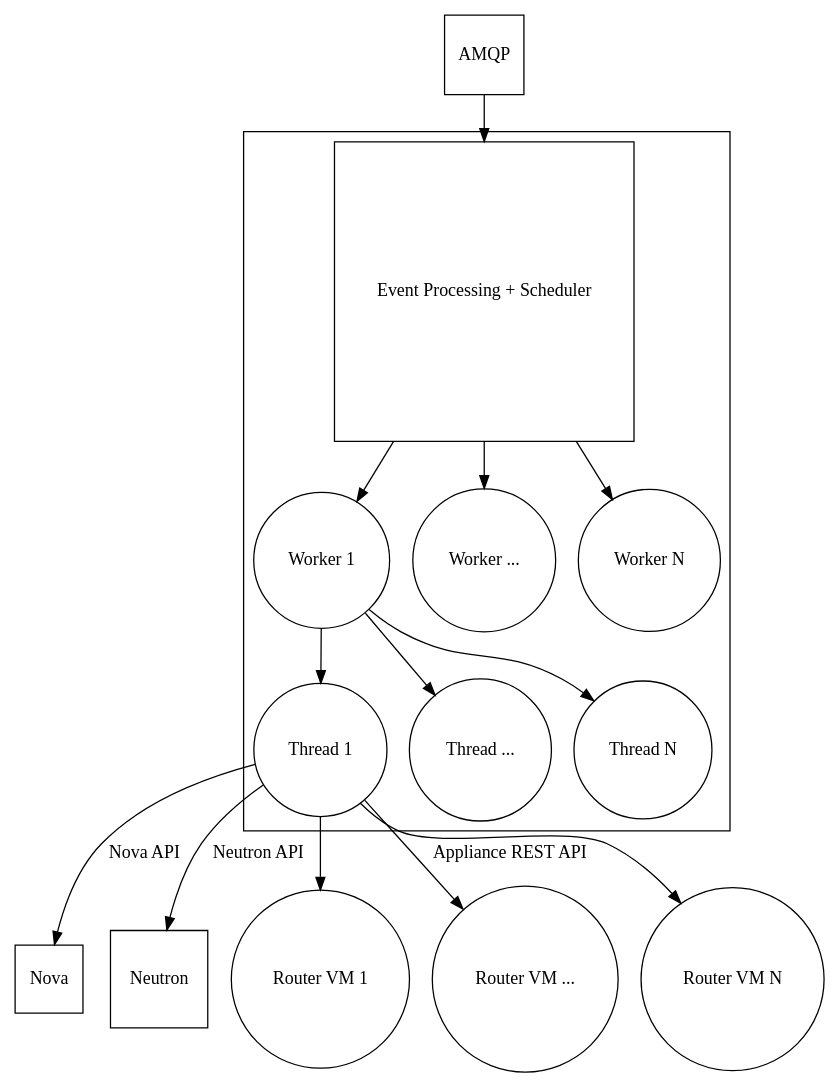
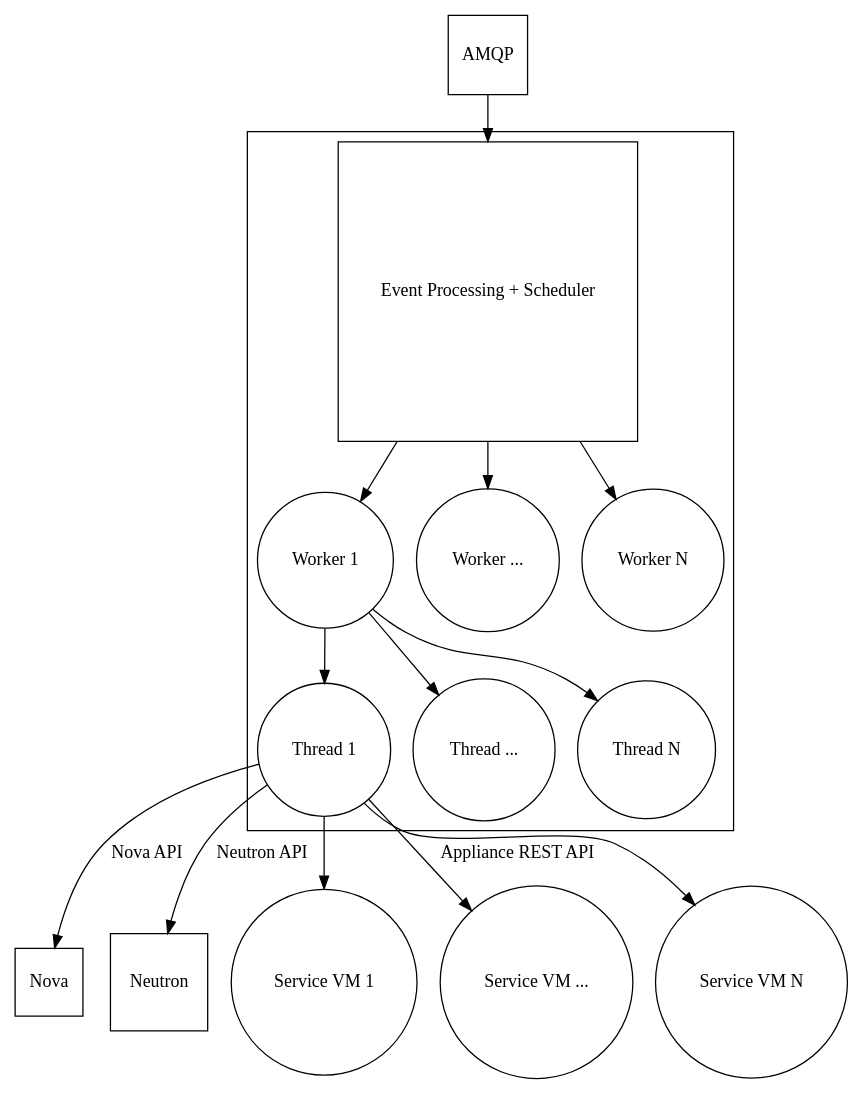
The diagram in docs/source/worker_diagram.dot (akanda/akanda), drawn with Graphviz before and after one commit. The commit also changed 4 other files, not shown here.

```diff
--- a/docs/source/worker_diagram.dot
+++ b/docs/source/worker_diagram.dot
@@ -1,27 +1,27 @@
 digraph sample_boot {
   node [shape = square];
   AMQP;
   "Event Processing + Scheduler";
   Nova;
   Neutron;
 
   node [shape = circle];
 
   AMQP -> "Event Processing + Scheduler";
   subgraph clusterrug {
       "Event Processing + Scheduler" -> "Worker 1";
       "Event Processing + Scheduler" -> "Worker ...";
       "Event Processing + Scheduler" -> "Worker N";
 
       "Worker 1" -> "Thread 1"
       "Worker 1" -> "Thread ..."
       "Worker 1" -> "Thread N"
   }
 
-  "Thread 1" -> "Router VM 1";
-  "Thread 1" -> "Router VM ..." [ label = "Appliance REST API" ];
-  "Thread 1" -> "Router VM N";
+  "Thread 1" -> "Service VM 1";
+  "Thread 1" -> "Service VM ..." [ label = "Appliance REST API" ];
+  "Thread 1" -> "Service VM N";
 
   "Thread 1" -> "Nova" [ label = "Nova API" ];
   "Thread 1" -> "Neutron" [ label = "Neutron API" ];
 }
```
